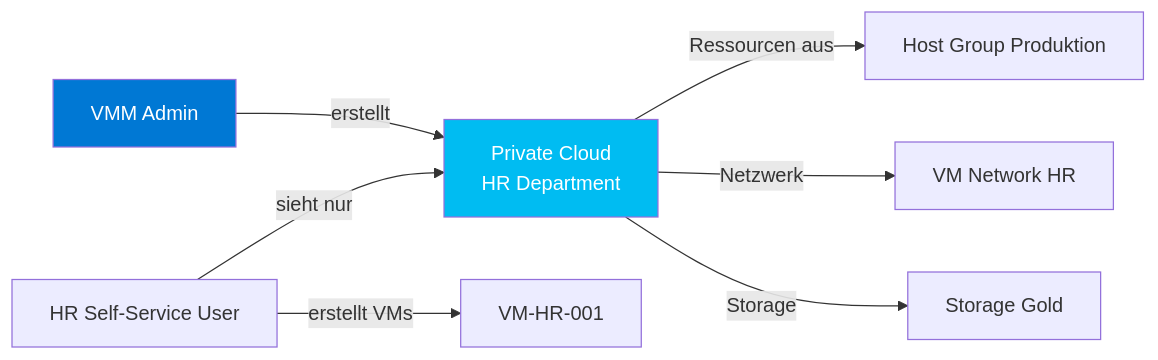
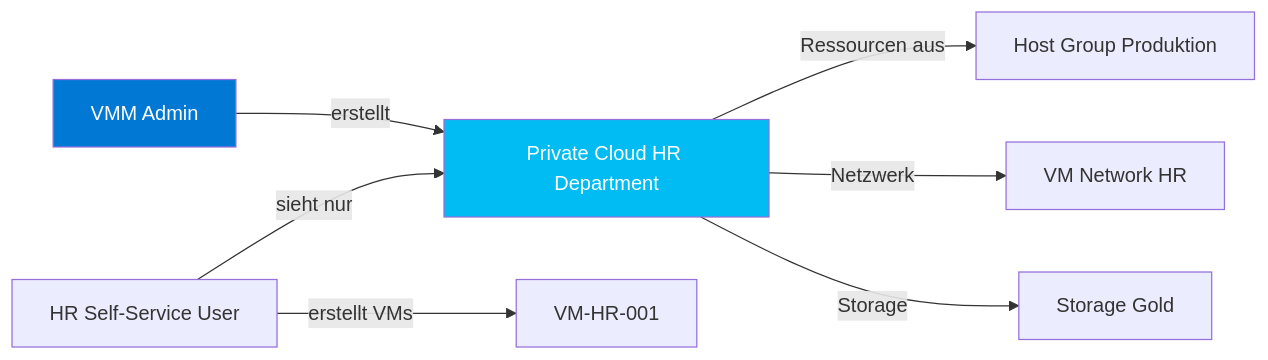
Before and after one commit to SoniiiT/notes-n-docs: the second of 4 diagrams in Microsoft 365/System Center/SCVMM Grundlagen.md, drawn with Mermaid. The commit also changed other lines of this file and 124 other files, not shown here.

First line of the commit message:
fix: Entferne \n aus allen Mermaid-Diagrammen (125 Dateien)

````diff
--- a/Microsoft 365/System Center/SCVMM Grundlagen.md
+++ b/Microsoft 365/System Center/SCVMM Grundlagen.md
@@ -115,12 +115,12 @@
 ```mermaid
 graph LR
-    ADMIN[VMM Admin] -->|erstellt| PC[Private Cloud\nHR Department]
+    ADMIN[VMM Admin] -->|erstellt| PC[Private Cloud HR Department]
     PC -->|Ressourcen aus| HG[Host Group Produktion]
     PC -->|Netzwerk| VN[VM Network HR]
     PC -->|Storage| SC[Storage Gold]
     USER[HR Self-Service User] -->|sieht nur| PC
     USER -->|erstellt VMs| VM[VM-HR-001]
 
     style PC fill:#00BCF2,color:#fff
     style ADMIN fill:#0078D4,color:#fff
 ```
````
